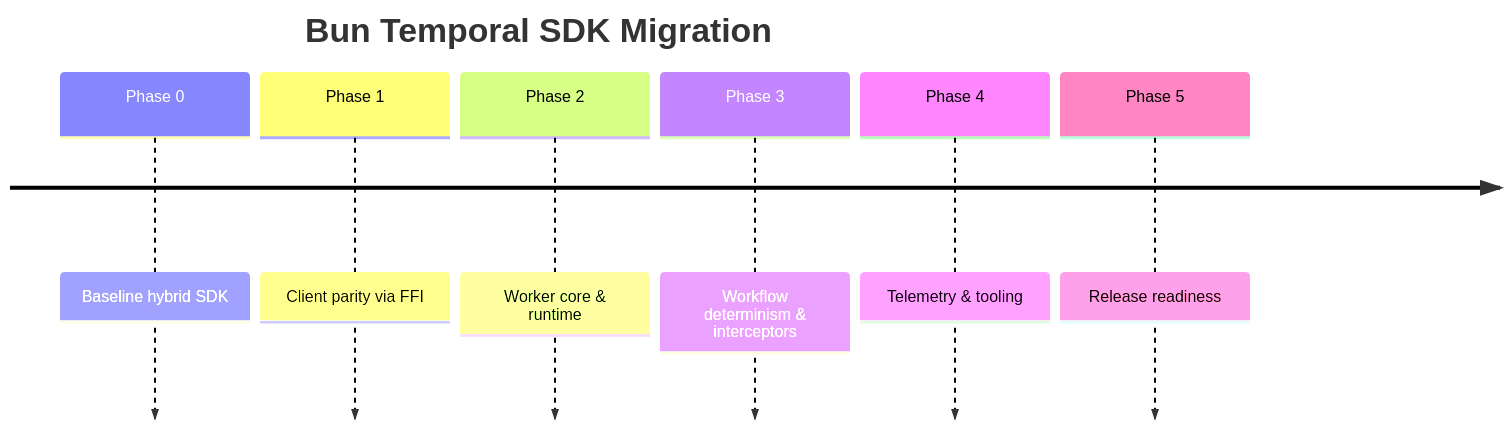
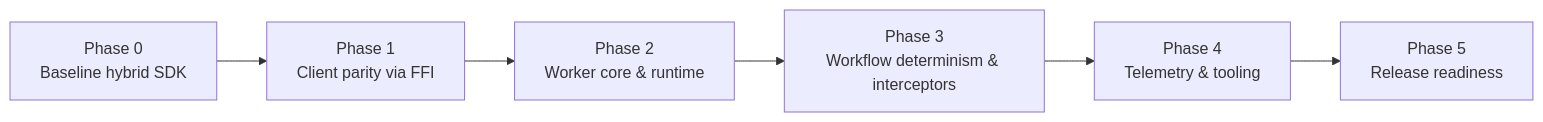
The diagram in packages/temporal-bun-sdk/docs/migration-phases.md (gregkonush/lab), drawn with Mermaid before and after one commit. The commit also changed 1 other file, not shown here.

Commit message:
docs: swap unsupported mermaid diagrams

````diff
--- a/packages/temporal-bun-sdk/docs/migration-phases.md
+++ b/packages/temporal-bun-sdk/docs/migration-phases.md
@@ -20,10 +20,8 @@
 ```mermaid
-timeline
-  title Bun Temporal SDK Migration
-  Phase 0 : Baseline hybrid SDK
-  Phase 1 : Client parity via FFI
-  Phase 2 : Worker core & runtime
-  Phase 3 : Workflow determinism & interceptors
-  Phase 4 : Telemetry & tooling
-  Phase 5 : Release readiness
+flowchart LR
+  P0["Phase 0<br/>Baseline hybrid SDK"] --> P1["Phase 1<br/>Client parity via FFI"]
+  P1 --> P2["Phase 2<br/>Worker core & runtime"]
+  P2 --> P3["Phase 3<br/>Workflow determinism & interceptors"]
+  P3 --> P4["Phase 4<br/>Telemetry & tooling"]
+  P4 --> P5["Phase 5<br/>Release readiness"]
 ```
````
